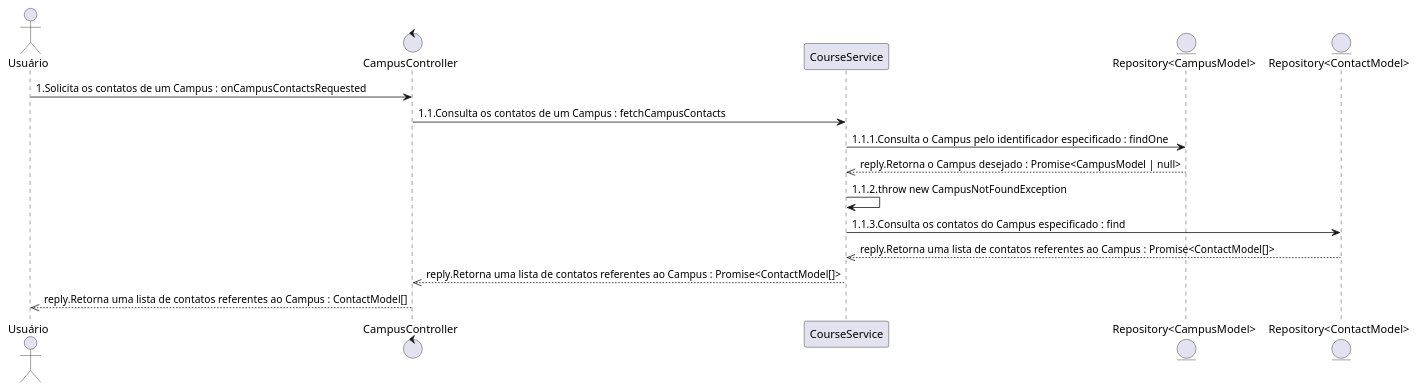
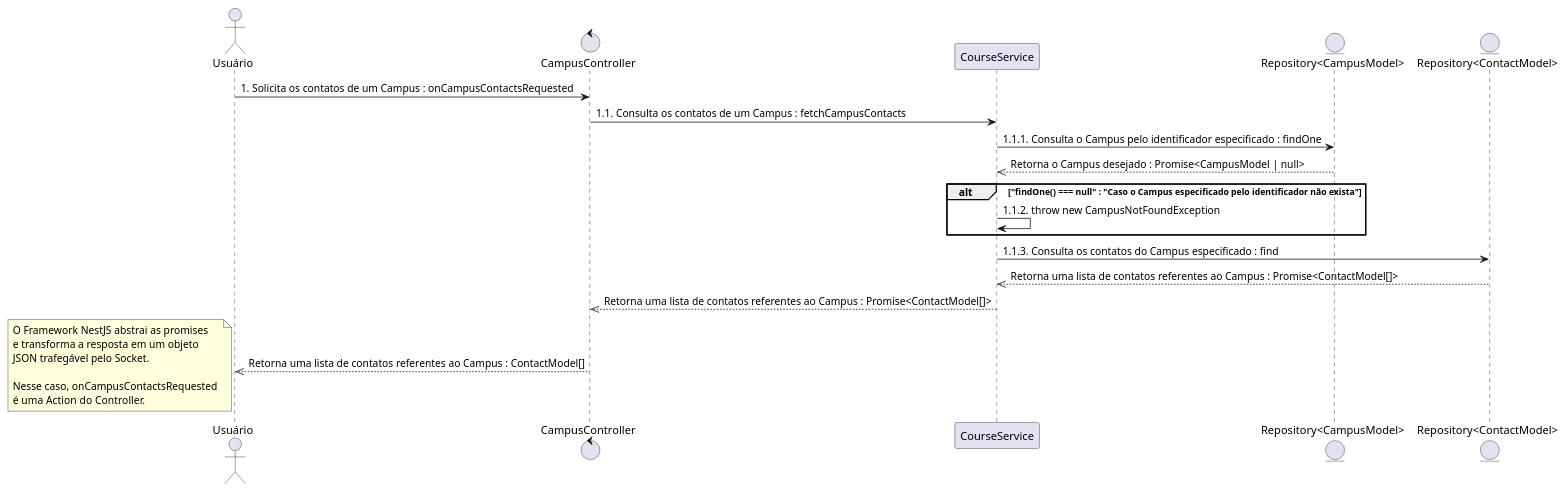
One commit to MurylloEx/Seja-UPE-Docs changed the diagram in src/C1. Visão Geral/C2. Sistema/C3. Endpoints RESTful (Server)/C4. Visão de Processo/[PUML] Sequência - Obter Contatos do Campus.puml. Above: the diagram before and after it, drawn with PlantUML. The commit also changed 34 other files, not shown here.

Commit message:
:sparkles: feature: Added ALL C4 diagrams.

```diff
--- a/src/C1. Visão Geral/C2. Sistema/C3. Endpoints RESTful (Server)/C4. Visão de Processo/[PUML] Sequência - Obter Contatos do Campus.puml
+++ b/src/C1. Visão Geral/C2. Sistema/C3. Endpoints RESTful (Server)/C4. Visão de Processo/[PUML] Sequência - Obter Contatos do Campus.puml
@@ -2,19 +2,29 @@
-@startuml
+@startuml "Sequence Diagram"
 
-actor "Usuário"
-control "CampusController"
-participant "CourseService"
-entity "Repository<CampusModel>"
-entity "Repository<ContactModel>"
+actor "Usuário"                   as USER
+control "CampusController"        as CAMPUS_CONTROLLER
+participant "CourseService"       as COURSE_SERVICE
+entity "Repository<CampusModel>"  as CAMPUS_REPOSITORY
+entity "Repository<ContactModel>" as CONTACT_REPOSITORY
 
-"Usuário" -> "CampusController":1.Solicita os contatos de um Campus : onCampusContactsRequested
-"CampusController" -> "CourseService":1.1.Consulta os contatos de um Campus : fetchCampusContacts
-"CourseService" -> "Repository<CampusModel>":1.1.1.Consulta o Campus pelo identificador especificado : findOne
-"Repository<CampusModel>" -->> "CourseService":reply.Retorna o Campus desejado : Promise<CampusModel | null>
-"CourseService" -> "CourseService":1.1.2.throw new CampusNotFoundException
-"CourseService" -> "Repository<ContactModel>":1.1.3.Consulta os contatos do Campus especificado : find
-"Repository<ContactModel>" -->> "CourseService":reply.Retorna uma lista de contatos referentes ao Campus : Promise<ContactModel[]>
-"CourseService" -->> "CampusController":reply.Retorna uma lista de contatos referentes ao Campus : Promise<ContactModel[]>
-"CampusController" -->> "Usuário":reply.Retorna uma lista de contatos referentes ao Campus : ContactModel[]
+USER -> CAMPUS_CONTROLLER : 1. Solicita os contatos de um Campus : onCampusContactsRequested
+CAMPUS_CONTROLLER -> COURSE_SERVICE : 1.1. Consulta os contatos de um Campus : fetchCampusContacts
+COURSE_SERVICE -> CAMPUS_REPOSITORY : 1.1.1. Consulta o Campus pelo identificador especificado : findOne
+CAMPUS_REPOSITORY -->> COURSE_SERVICE : Retorna o Campus desejado : Promise<CampusModel | null>
+alt "findOne() === null" : "Caso o Campus especificado pelo identificador não exista"
+  COURSE_SERVICE -> COURSE_SERVICE : 1.1.2. throw new CampusNotFoundException
+end
+COURSE_SERVICE -> CONTACT_REPOSITORY : 1.1.3. Consulta os contatos do Campus especificado : find
+CONTACT_REPOSITORY -->> COURSE_SERVICE : Retorna uma lista de contatos referentes ao Campus : Promise<ContactModel[]>
+COURSE_SERVICE -->> CAMPUS_CONTROLLER : Retorna uma lista de contatos referentes ao Campus : Promise<ContactModel[]>
+CAMPUS_CONTROLLER -->> USER : Retorna uma lista de contatos referentes ao Campus : ContactModel[]
+note left
+  O Framework NestJS abstrai as promises 
+  e transforma a resposta em um objeto 
+  JSON trafegável pelo Socket. 
+
+  Nesse caso, onCampusContactsRequested 
+  é uma Action do Controller.
+end note
 
 @enduml
```
